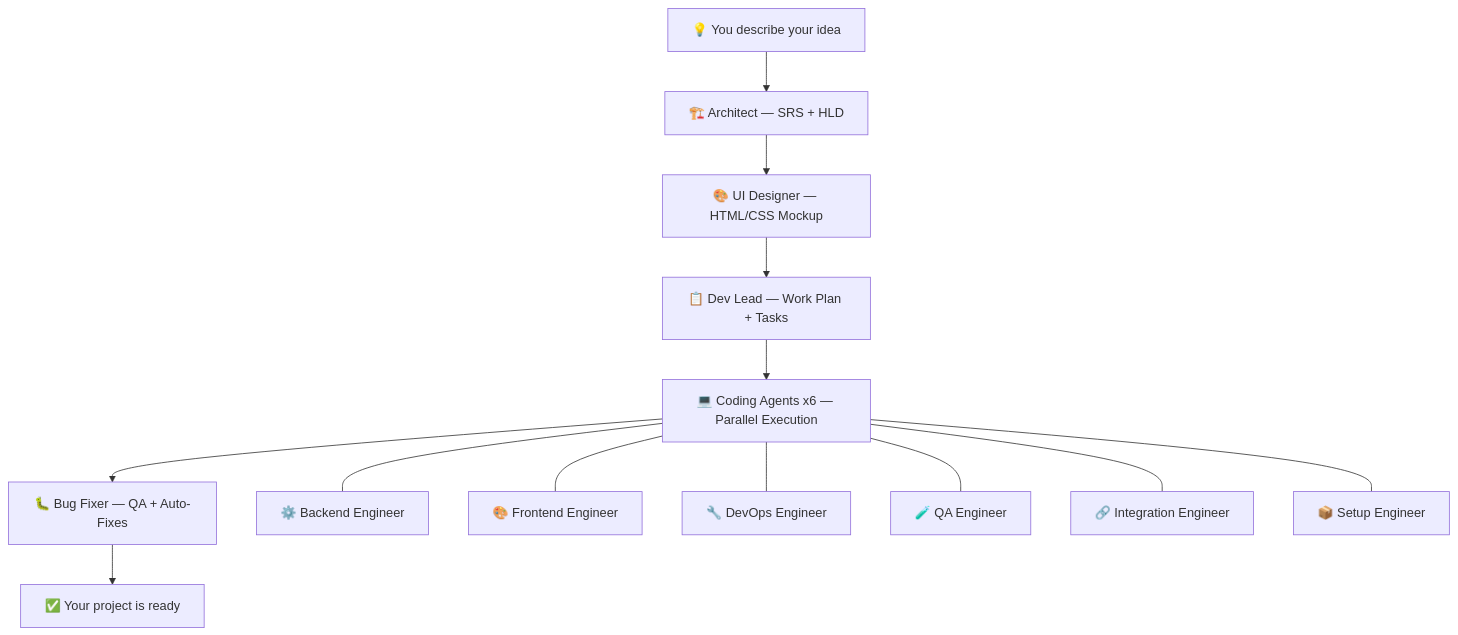
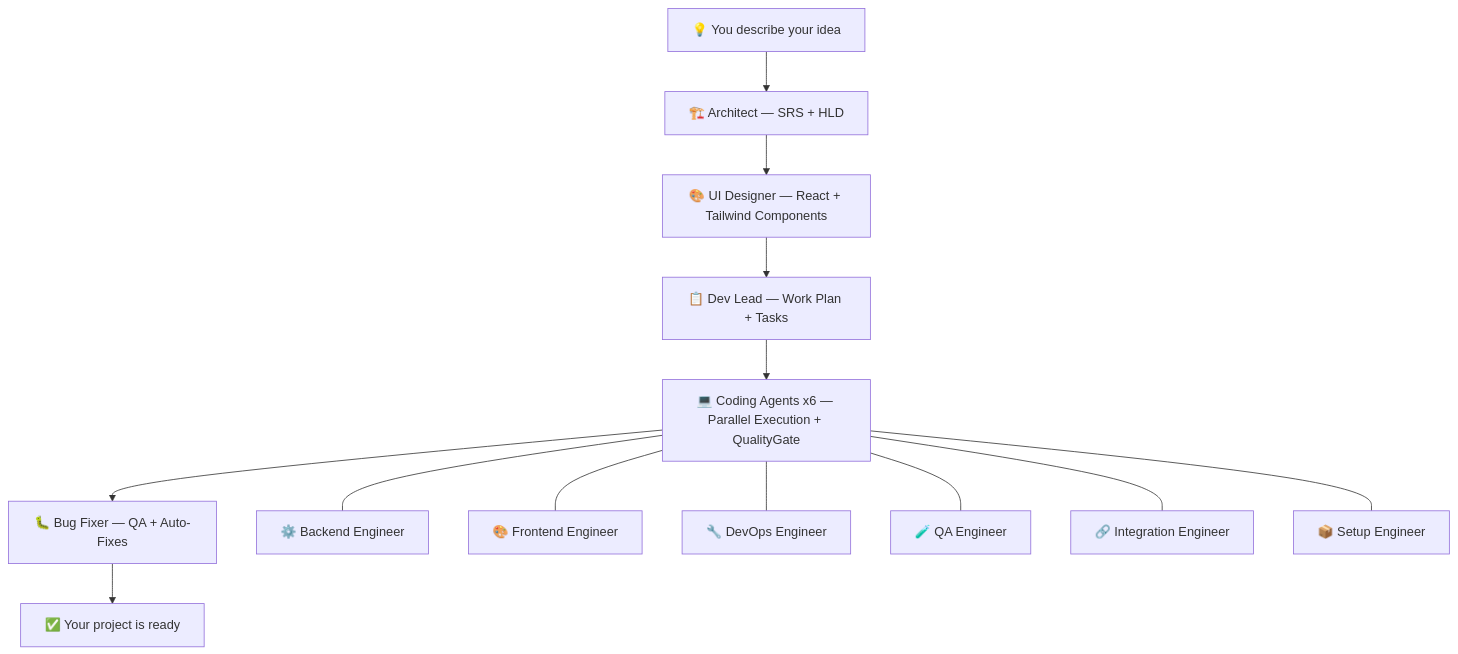
Before and after one commit to OneManCrew/OneManCrewDevAI: the diagram in README.md, drawn with Mermaid. The commit also changed other lines of this file and 5 other files, not shown here.

````diff
--- a/README.md
+++ b/README.md
@@ -40,15 +40,15 @@
 ```mermaid
 flowchart TD
     A["💡 You describe your idea"] --> B["🏗️ Architect — SRS + HLD"]
-    B --> C["🎨 UI Designer — HTML/CSS Mockup"]
+    B --> C["🎨 UI Designer — React + Tailwind Components"]
     C --> D["📋 Dev Lead — Work Plan + Tasks"]
-    D --> E["💻 Coding Agents x6 — Parallel Execution"]
+    D --> E["💻 Coding Agents x6 — Parallel Execution + QualityGate"]
     E --> F["🐛 Bug Fixer — QA + Auto-Fixes"]
     F --> G["✅ Your project is ready"]
     E --- E1["⚙️ Backend Engineer"]
     E --- E2["🎨 Frontend Engineer"]
     E --- E3["🔧 DevOps Engineer"]
     E --- E4["🧪 QA Engineer"]
     E --- E5["🔗 Integration Engineer"]
     E --- E6["📦 Setup Engineer"]
 ```
````
